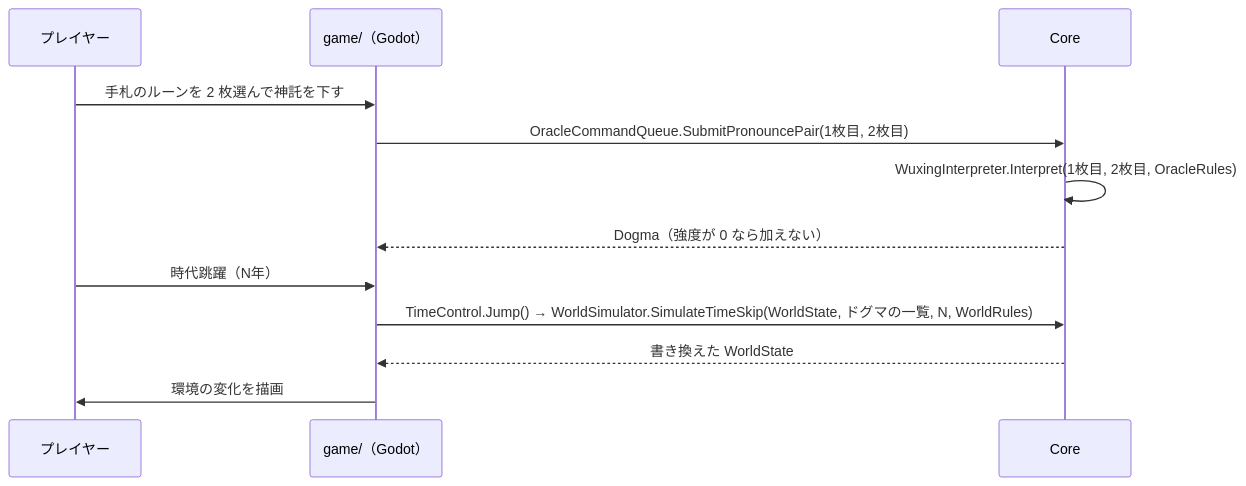
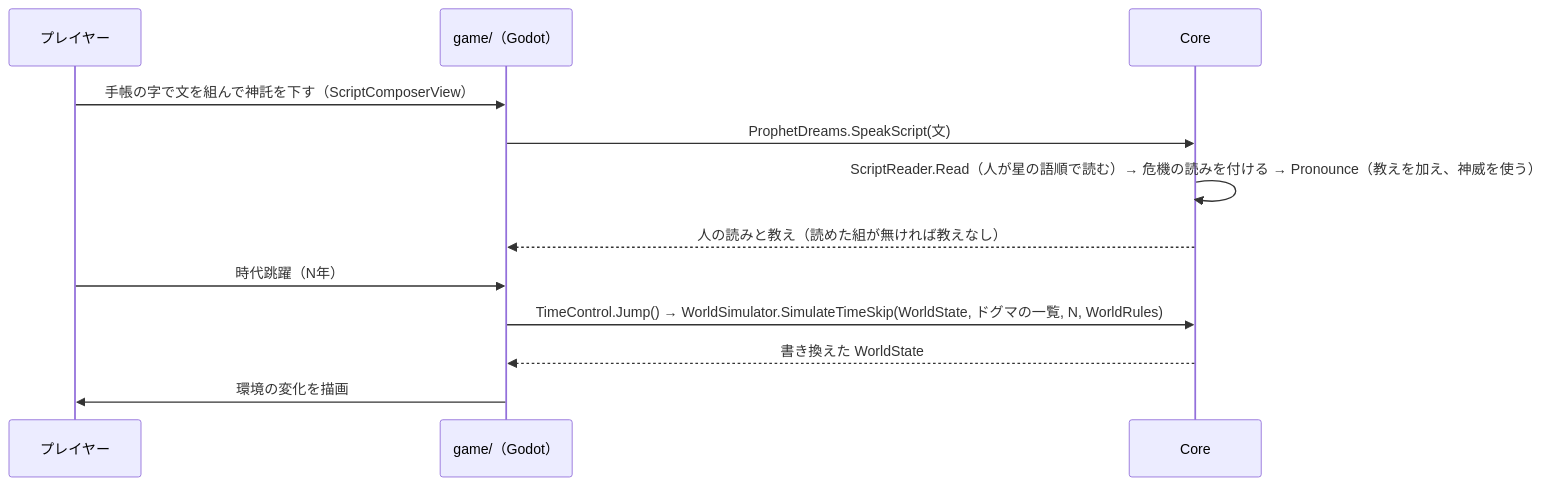
Before and after one commit to Vouivret/TheogonyX: the second of 2 diagrams in docs/architecture.md, drawn with Mermaid. The commit also changed other lines of this file and 66 other files, not shown here.

````diff
--- a/docs/architecture.md
+++ b/docs/architecture.md
@@ -28,14 +28,14 @@
 ```mermaid
 sequenceDiagram
     participant P as プレイヤー
     participant G as game/（Godot）
     participant C as Core
-    P->>G: 手札のルーンを 2 枚選んで神託を下す
-    G->>C: OracleCommandQueue.SubmitPronouncePair(1枚目, 2枚目)
-    C->>C: WuxingInterpreter.Interpret(1枚目, 2枚目, OracleRules)
-    C-->>G: Dogma（強度が 0 なら加えない）
+    P->>G: 手帳の字で文を組んで神託を下す（ScriptComposerView）
+    G->>C: ProphetDreams.SpeakScript(文)
+    C->>C: ScriptReader.Read（人が星の語順で読む）→ 危機の読みを付ける → Pronounce（教えを加え、神威を使う）
+    C-->>G: 人の読みと教え（読めた組が無ければ教えなし）
     P->>G: 時代跳躍（N年）
     G->>C: TimeControl.Jump() → WorldSimulator.SimulateTimeSkip(WorldState, ドグマの一覧, N, WorldRules)
     C-->>G: 書き換えた WorldState
     G->>P: 環境の変化を描画
 ```
````
